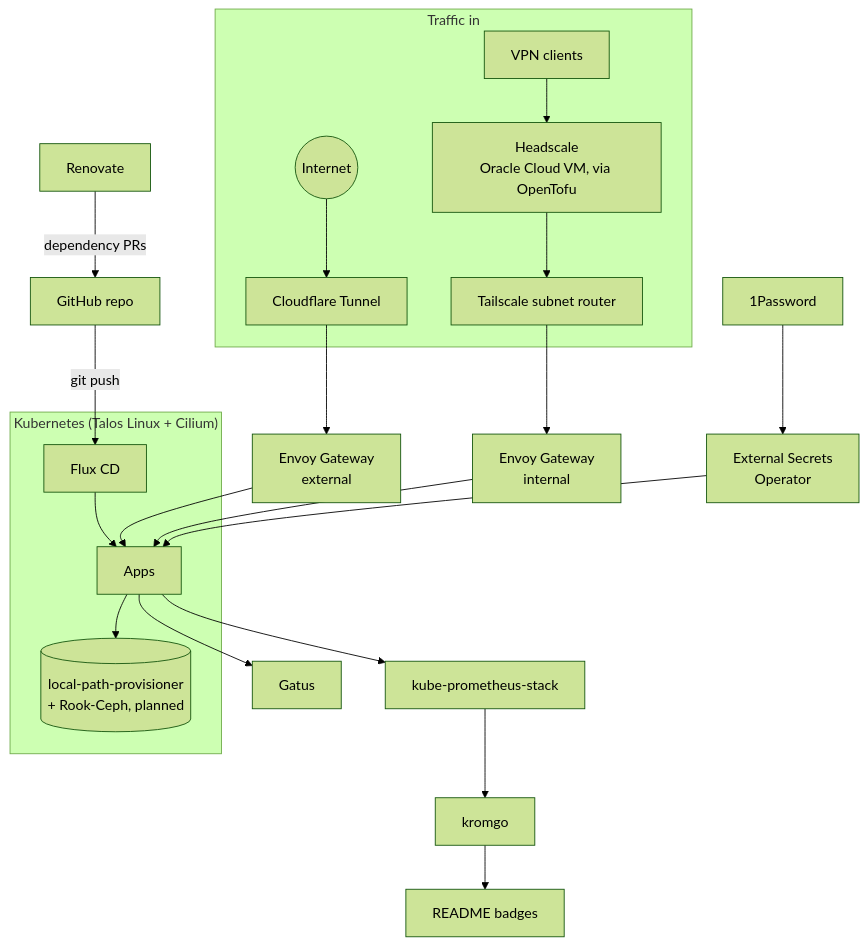
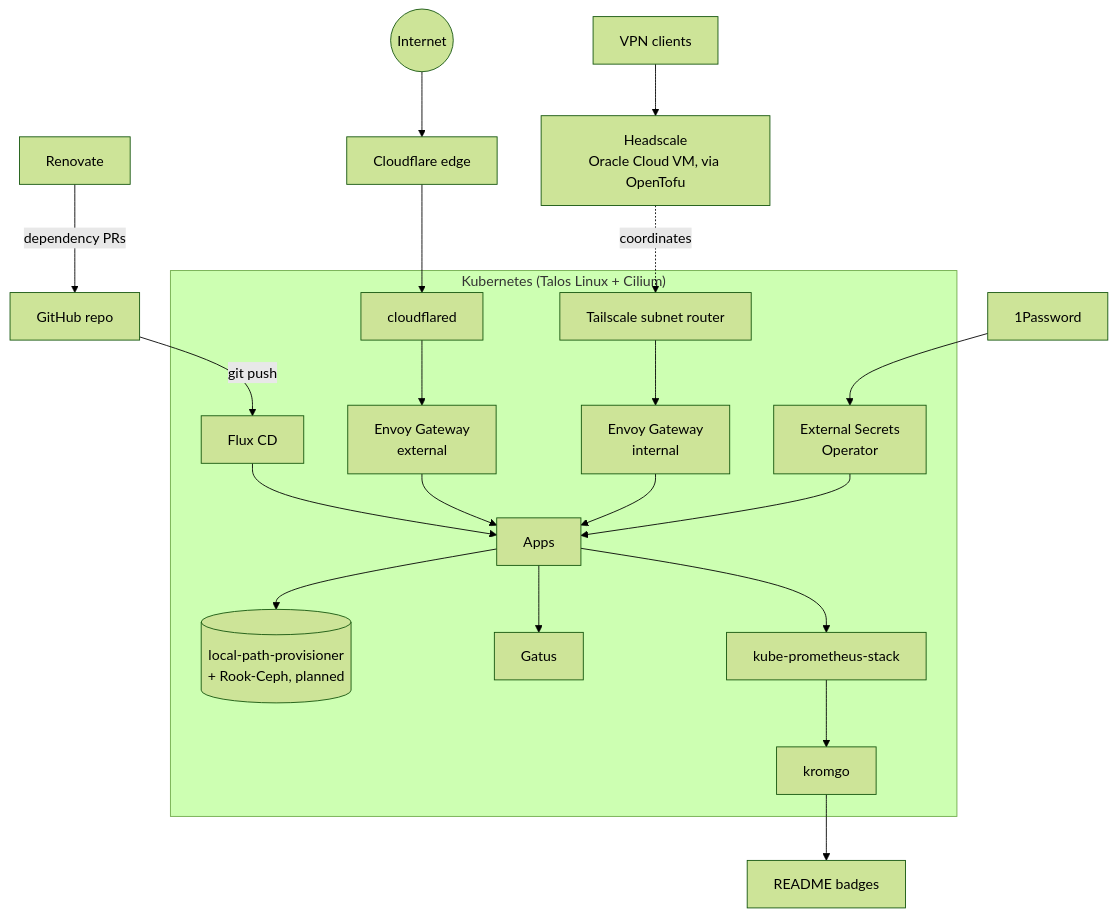
Before and after one commit to alexmathieu22-ops/home-ops: the first of 2 diagrams in README.md, drawn with Mermaid (forest theme).

Commit message:
docs(readme): fix Stack diagram's cluster boundary
ESO, both Envoy Gateways, Gatus, kube-prometheus-stack, kromgo, and the Tailscale
subnet router all run inside the cluster too -- they were incorrectly drawn as
separate top-level boxes. Also adds cloudflared explicitly (was conflated with
Cloudflare's own edge network) and splits Headscale's coordination role (external,
Oracle Cloud VM) from the in-cluster subnet router it coordinates.

````diff
--- a/README.md
+++ b/README.md
@@ -69,30 +69,31 @@
 ```mermaid
 flowchart TD
-    GH[GitHub repo] -->|git push| Flux[Flux CD]
+    Renovate[Renovate] -->|dependency PRs| GH[GitHub repo]
+    GH -->|git push| Flux[Flux CD]
 
     subgraph cluster["Kubernetes (Talos Linux + Cilium)"]
         Flux --> Apps[Apps]
         Apps --> Storage[(local-path-provisioner<br/>+ Rook-Ceph, planned)]
+
+        Cloudflared[cloudflared] --> GWext[Envoy Gateway<br/>external]
+        Sub[Tailscale subnet router] --> GWint[Envoy Gateway<br/>internal]
+        GWext --> Apps
+        GWint --> Apps
+
+        ESO[External Secrets<br/>Operator] --> Apps
+
+        Apps --> Gatus[Gatus]
+        Apps --> Prom[kube-prometheus-stack]
+        Prom --> Kromgo[kromgo]
     end
 
-    subgraph traffic["Traffic in"]
-        Internet((Internet)) --> CF[Cloudflare Tunnel]
-        VPNClients[VPN clients] --> HS[Headscale<br/>Oracle Cloud VM, via OpenTofu]
-        HS --> Sub[Tailscale subnet router]
-    end
+    Internet((Internet)) --> CFedge[Cloudflare edge]
+    CFedge --> Cloudflared
 
-    CF --> GWext[Envoy Gateway<br/>external]
-    Sub --> GWint[Envoy Gateway<br/>internal]
-    GWext --> Apps
-    GWint --> Apps
+    VPNClients[VPN clients] --> HS[Headscale<br/>Oracle Cloud VM, via OpenTofu]
+    HS -.->|coordinates| Sub
 
-    OP[1Password] --> ESO[External Secrets<br/>Operator]
-    ESO --> Apps
+    OP[1Password] --> ESO
 
-    Apps --> Gatus[Gatus]
-    Apps --> Prom[kube-prometheus-stack]
-    Prom --> Kromgo[kromgo]
     Kromgo --> Badges[README badges]
-
-    Renovate[Renovate] -->|dependency PRs| GH
 ```
````
